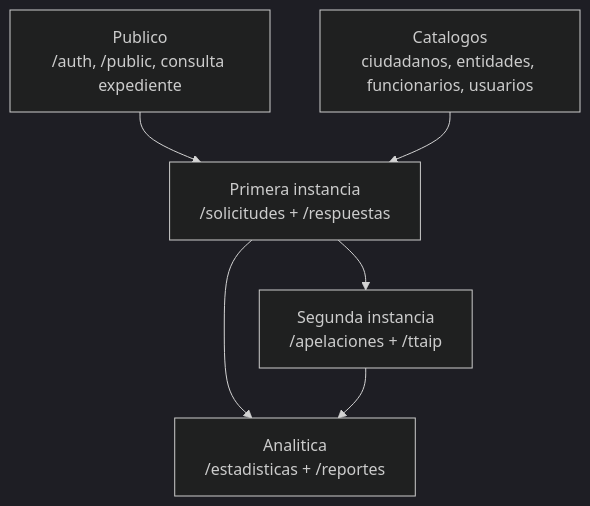
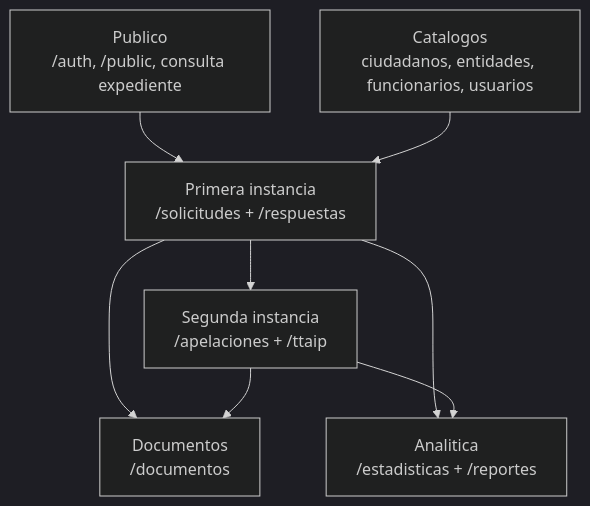
The diagram in docs/src/content/docs/backend/controladores.mdx (transparenciapublicadev/plataforma-saip-apelaciones), drawn with Mermaid (dark theme) before and after one commit. The commit also changed other lines of this file and 6 other files, not shown here.

````diff
--- a/docs/src/content/docs/backend/controladores.mdx
+++ b/docs/src/content/docs/backend/controladores.mdx
@@ -34,14 +35,17 @@
 ```mermaid
 flowchart TB
     Publico["Publico\n/auth, /public, consulta expediente"]
     Catalogos["Catalogos\nciudadanos, entidades, funcionarios, usuarios"]
     SAIP["Primera instancia\n/solicitudes + /respuestas"]
     TTAIP["Segunda instancia\n/apelaciones + /ttaip"]
+    Documentos["Documentos\n/documentos"]
     Analitica["Analitica\n/estadisticas + /reportes"]
 
     Publico --> SAIP
     Catalogos --> SAIP
     SAIP --> TTAIP
+    SAIP --> Documentos
+    TTAIP --> Documentos
     SAIP --> Analitica
     TTAIP --> Analitica
 ```
````
